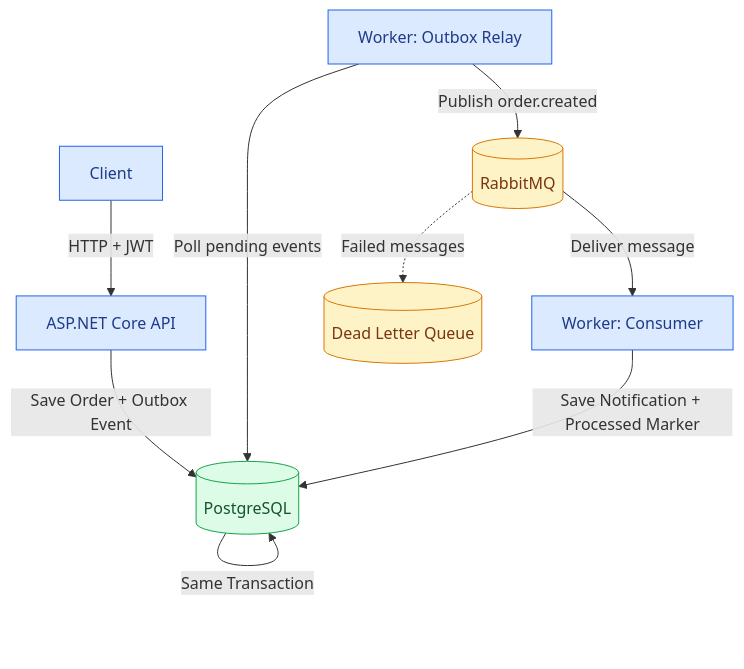
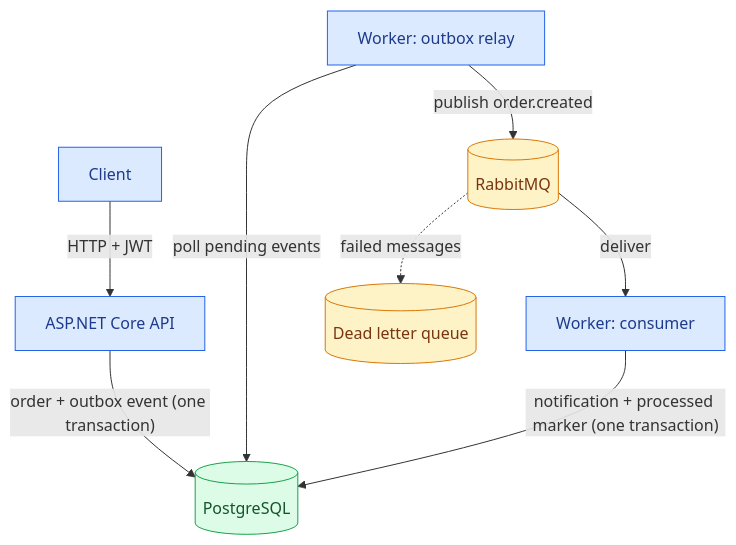
The first of 2 diagrams in README.md (TrinhTuanVinh/BusinessManagement), drawn with Mermaid before and after one commit. The commit also changed other lines of this file and 1 other file, not shown here.

````diff
--- a/README.md
+++ b/README.md
@@ -17,31 +17,26 @@
 ```mermaid
 flowchart TB
     Client[Client]
     API[ASP.NET Core API]
     DB[(PostgreSQL)]
-    Relay[Worker: Outbox Relay]
+    Relay[Worker: outbox relay]
     MQ[(RabbitMQ)]
-    Consumer[Worker: Consumer]
-    DLQ[(Dead Letter Queue)]
+    Consumer[Worker: consumer]
+    DLQ[(Dead letter queue)]
 
     Client -->|HTTP + JWT| API
-
-    API -->|Save Order + Outbox Event| DB
-    DB -->|Same Transaction| DB
-
-    Relay -->|Poll pending events| DB
-    Relay -->|Publish order.created| MQ
-
-    MQ -->|Deliver message| Consumer
-    MQ -.->|Failed messages| DLQ
-
-    Consumer -->|Save Notification + Processed Marker| DB
+    API -->|"order + outbox event (one transaction)"| DB
+    Relay -->|poll pending events| DB
+    Relay -->|publish order.created| MQ
+    MQ -->|deliver| Consumer
+    MQ -.->|failed messages| DLQ
+    Consumer -->|"notification + processed marker (one transaction)"| DB
 
     classDef service fill:#dbeafe,stroke:#2563eb,color:#1e3a8a
     classDef database fill:#dcfce7,stroke:#16a34a,color:#14532d
     classDef queue fill:#fef3c7,stroke:#d97706,color:#78350f
 
     class Client,API,Relay,Consumer service
     class DB database
     class MQ,DLQ queue
 ```
````
